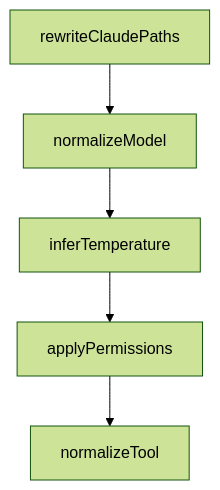
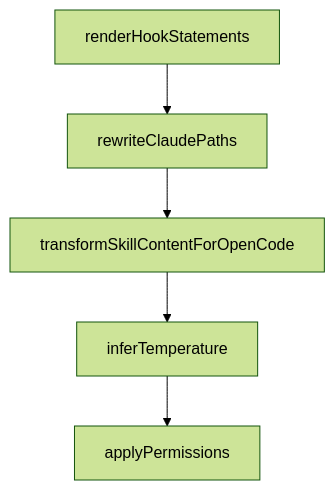
Before and after one commit to johnxie/awesome-code-docs: the diagram in tutorials/compound-engineering-plugin-tutorial/02-compound-engineering-philosophy-and-workflow-loop.md, drawn with Mermaid (forest theme). The commit also changed other lines of this file and 1232 other files, not shown here.

````diff
--- a/tutorials/compound-engineering-plugin-tutorial/02-compound-engineering-philosophy-and-workflow-loop.md
+++ b/tutorials/compound-engineering-plugin-tutorial/02-compound-engineering-philosophy-and-workflow-loop.md
@@ -224,12 +222,12 @@
 ```mermaid
 flowchart TD
-    A[rewriteClaudePaths]
-    B[normalizeModel]
-    C[inferTemperature]
-    D[applyPermissions]
-    E[normalizeTool]
+    A[renderHookStatements]
+    B[rewriteClaudePaths]
+    C[transformSkillContentForOpenCode]
+    D[inferTemperature]
+    E[applyPermissions]
     A --> B
     B --> C
     C --> D
     D --> E
 ```
````
